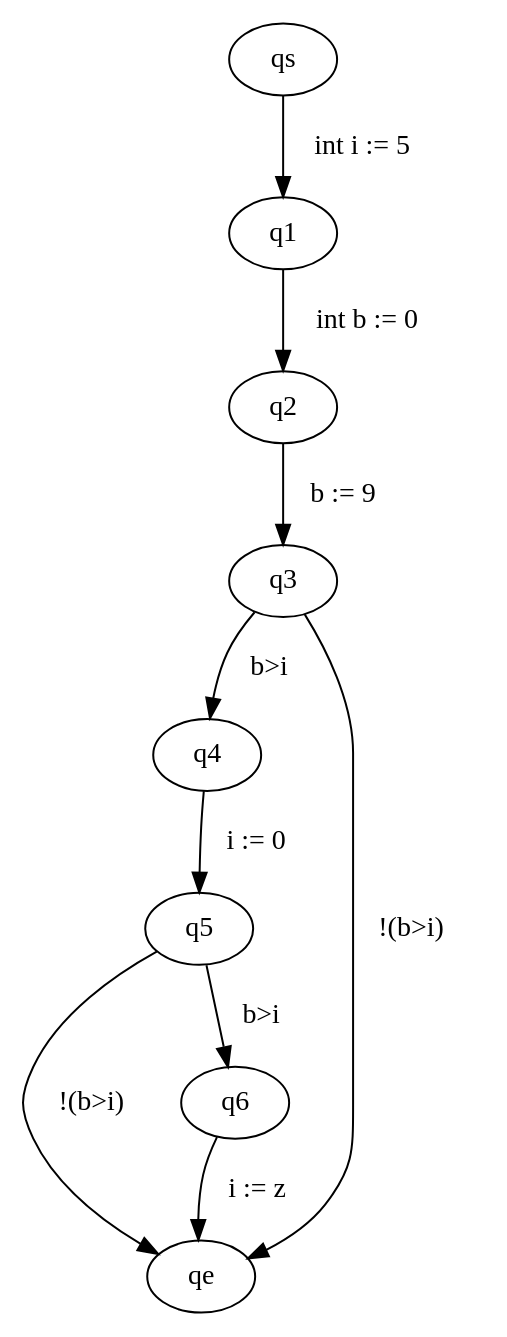
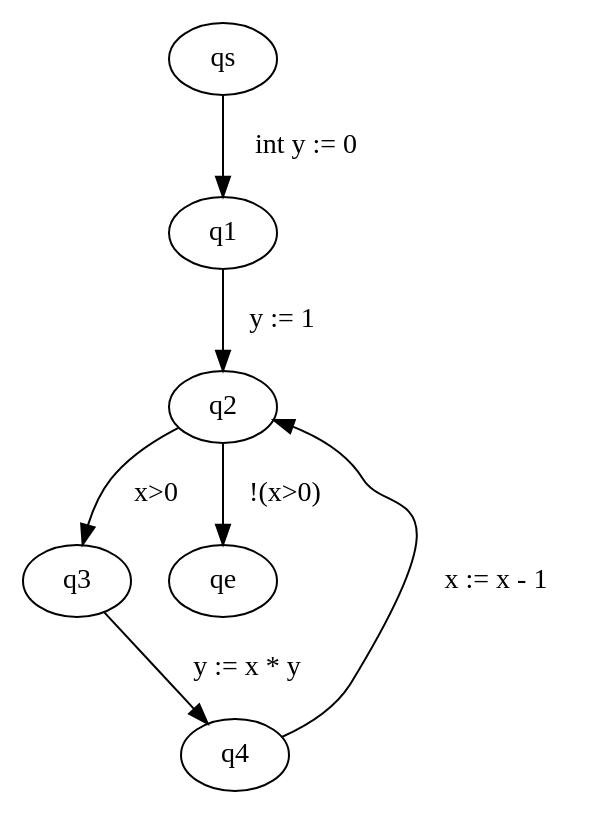
One commit to FloKes/ProgramAnalysis changed the diagram in src/main/java/graphviz/input.dot. Above: the diagram before and after it, drawn with Graphviz. The commit also changed 13 other files, not shown here.

```diff
--- a/src/main/java/graphviz/input.dot
+++ b/src/main/java/graphviz/input.dot
@@ -1,11 +1,8 @@
 digraph ProgramGraph{
-"qs" -> "q1" [label="  int i := 5   "] 
-"q1" -> "q2" [label="  int b := 0   "] 
-"q2" -> "q3" [label="  b := 9   "] 
-"q3" -> "q4" [label="  b>i   "] 
-"q3" -> "qe" [label="  !(b>i)   "] 
-"q4" -> "q5" [label="  i := 0   "] 
-"q5" -> "q6" [label="  b>i   "] 
-"q5" -> "qe" [label="  !(b>i)   "] 
-"q6" -> "qe" [label="  i := z   "] 
+"qs" -> "q1" [label="  int y := 0   "] 
+"q1" -> "q2" [label="  y := 1   "] 
+"q2" -> "q3" [label="  x>0   "] 
+"q2" -> "qe" [label="  !(x>0)   "] 
+"q3" -> "q4" [label="  y := x * y   "] 
+"q4" -> "q2" [label="  x := x - 1   "] 
 }
```
